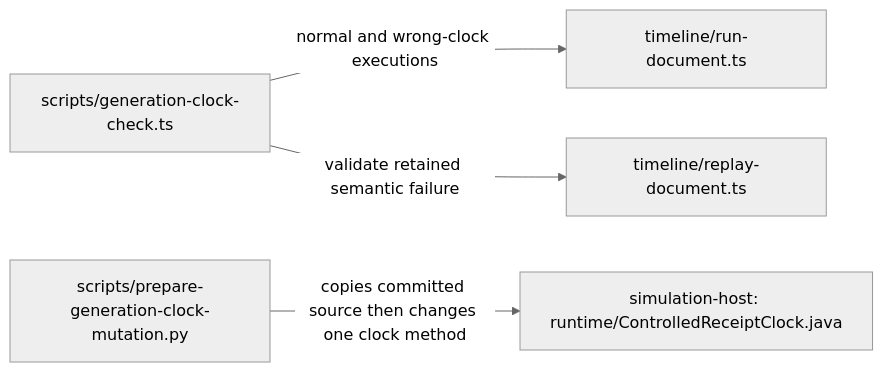
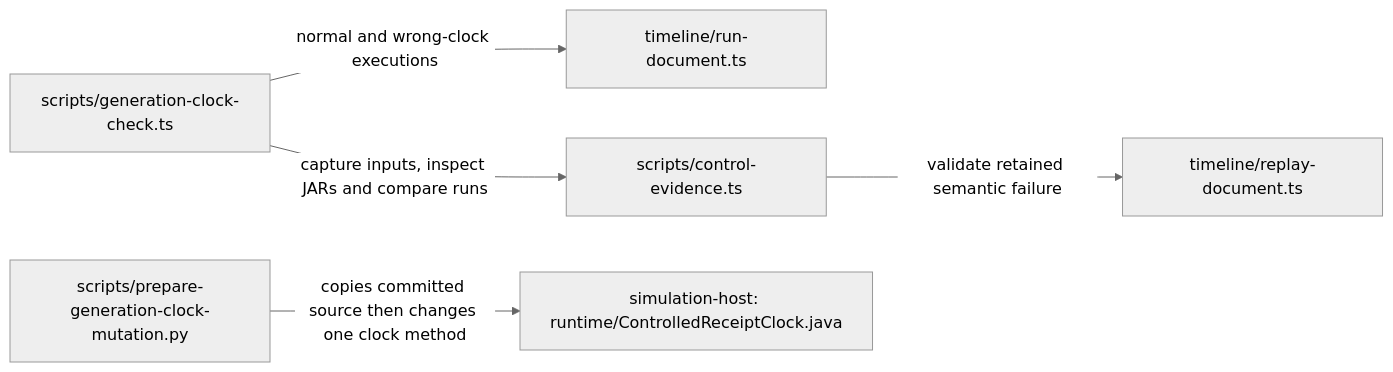
Diagram 31 of 53 in workbench/docs/source-map.md (sproates/zooglass), drawn with Mermaid (neutral theme) before and after one commit. The commit also changed other lines of this file and 9 other files, not shown here.

Commit message:
Separate shared control evidence from clock qualification

````diff
--- a/workbench/docs/source-map.md
+++ b/workbench/docs/source-map.md
@@ -917,6 +917,7 @@
 ```mermaid
 flowchart LR
   control["scripts/generation-clock-check.ts"] -->|normal and wrong-clock executions| run["timeline/run-document.ts"]
-  control -->|validate retained semantic failure| replay["timeline/replay-document.ts"]
+  control -->|capture inputs, inspect JARs and compare runs| evidence["scripts/control-evidence.ts"]
+  evidence -->|validate retained semantic failure| replay["timeline/replay-document.ts"]
   prepare["scripts/prepare-generation-clock-mutation.py"] -->|copies committed source then changes one clock method| clock["simulation-host: runtime/ControlledReceiptClock.java"]
 ```
````
